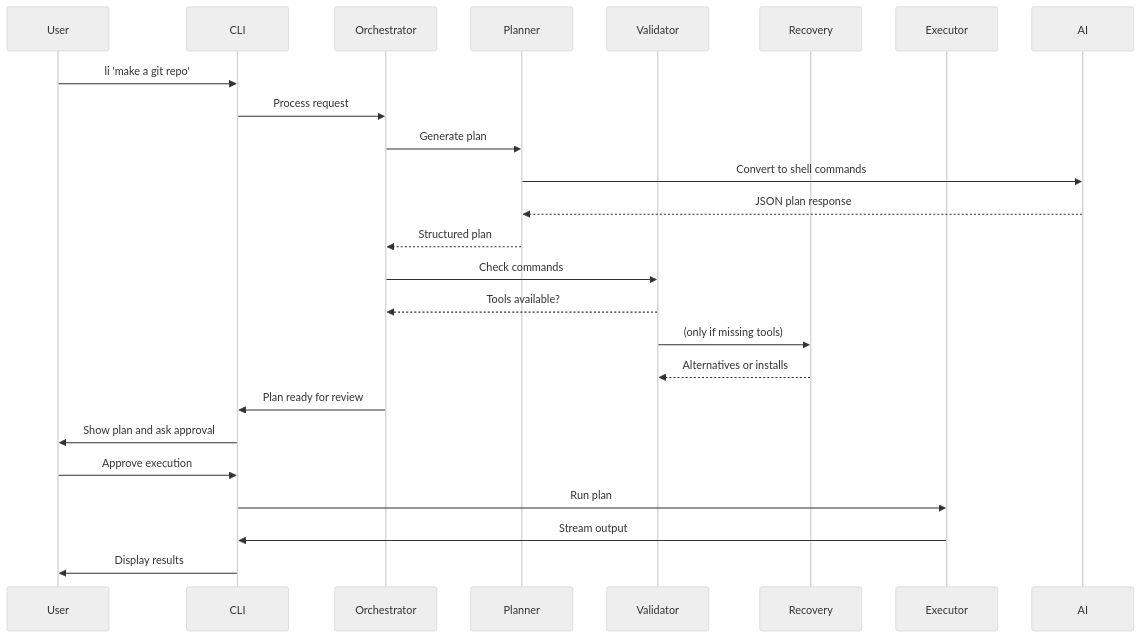
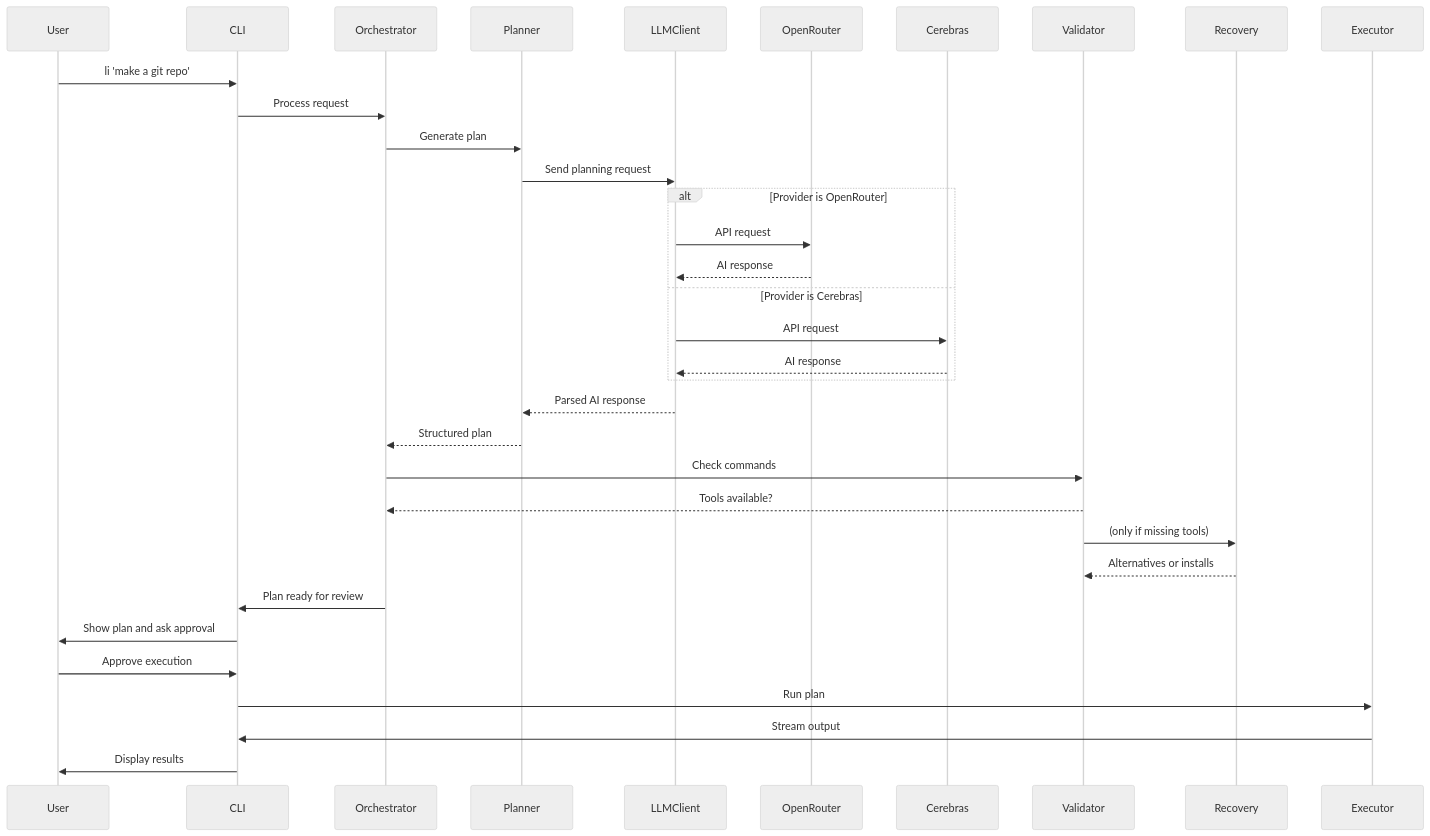
One commit to bitrifttech/li changed the third of 5 diagrams in documentation/architecture-overview.md. Above: the diagram before and after it, drawn with Mermaid (neutral theme). The commit also changed other lines of this file, not shown here.

Commit message:
Updated diagrams in architecture-overview.md

````diff
--- a/documentation/architecture-overview.md
+++ b/documentation/architecture-overview.md
@@ -255,30 +261,41 @@
 ```mermaid
 sequenceDiagram
     participant User
     participant CLI
     participant Orchestrator
     participant Planner
+    participant LLMClient
+    participant OpenRouter
+    participant Cerebras
     participant Validator
     participant Recovery
     participant Executor
-    participant AI
 
     User->>CLI: li 'make a git repo'
     CLI->>Orchestrator: Process request
     Orchestrator->>Planner: Generate plan
-    Planner->>AI: Convert to shell commands
-    AI-->>Planner: JSON plan response
+    Planner->>LLMClient: Send planning request
+    
+    alt Provider is OpenRouter
+        LLMClient->>OpenRouter: API request
+        OpenRouter-->>LLMClient: AI response
+    else Provider is Cerebras
+        LLMClient->>Cerebras: API request
+        Cerebras-->>LLMClient: AI response
+    end
+    
+    LLMClient-->>Planner: Parsed AI response
     Planner-->>Orchestrator: Structured plan
 
     Orchestrator->>Validator: Check commands
     Validator-->>Orchestrator: Tools available?
     Validator->>Recovery: (only if missing tools)
     Recovery-->>Validator: Alternatives or installs
 
     Orchestrator->>CLI: Plan ready for review
     CLI->>User: Show plan and ask approval
     User->>CLI: Approve execution
     CLI->>Executor: Run plan
     Executor->>CLI: Stream output
     CLI->>User: Display results
 ```
````
